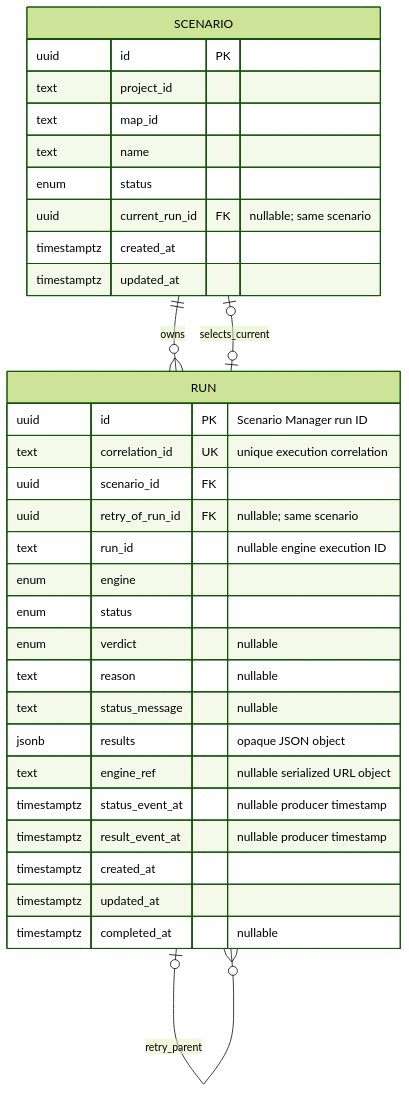
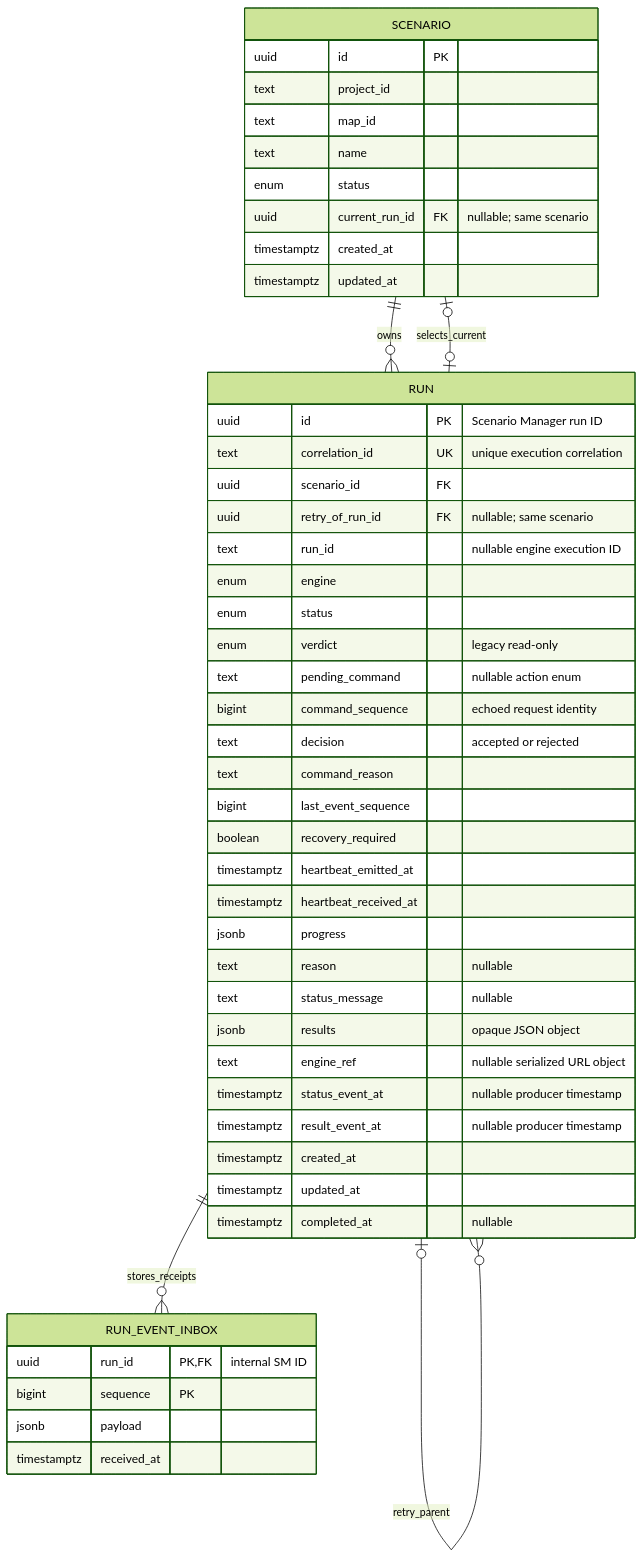
One commit to suvendu-codes/gsb-scenario-manager changed the third of 4 diagrams in apps/api/core-service/src/status-worker/README.md. Above: the diagram before and after it, drawn with Mermaid (forest theme). The commit also changed other lines of this file and 40 other files, not shown here.

````diff
--- a/apps/api/core-service/src/status-worker/README.md
+++ b/apps/api/core-service/src/status-worker/README.md
@@ -111,35 +111,51 @@
 ```mermaid
 erDiagram
     SCENARIO ||--o{ RUN : owns
     SCENARIO o|--o| RUN : selects_current
     RUN o|--o{ RUN : retry_parent
+    RUN ||--o{ RUN_EVENT_INBOX : stores_receipts
+    RUN_EVENT_INBOX {
+        uuid run_id PK,FK "internal SM ID"
+        bigint sequence PK
+        jsonb payload
+        timestamptz received_at
+    }
     SCENARIO {
         uuid id PK
         text project_id
         text map_id
         text name
         enum status
         uuid current_run_id FK "nullable; same scenario"
         timestamptz created_at
         timestamptz updated_at
     }
     RUN {
         uuid id PK "Scenario Manager run ID"
         text correlation_id UK "unique execution correlation"
         uuid scenario_id FK
         uuid retry_of_run_id FK "nullable; same scenario"
         text run_id "nullable engine execution ID"
         enum engine
         enum status
-        enum verdict "nullable"
+        enum verdict "legacy read-only"
+        text pending_command "nullable action enum"
+        bigint command_sequence "echoed request identity"
+        text decision "accepted or rejected"
+        text command_reason
+        bigint last_event_sequence
+        boolean recovery_required
+        timestamptz heartbeat_emitted_at
+        timestamptz heartbeat_received_at
+        jsonb progress
         text reason "nullable"
         text status_message "nullable"
         jsonb results "opaque JSON object"
         text engine_ref "nullable serialized URL object"
         timestamptz status_event_at "nullable producer timestamp"
         timestamptz result_event_at "nullable producer timestamp"
         timestamptz created_at
         timestamptz updated_at
         timestamptz completed_at "nullable"
     }
 ```
````
